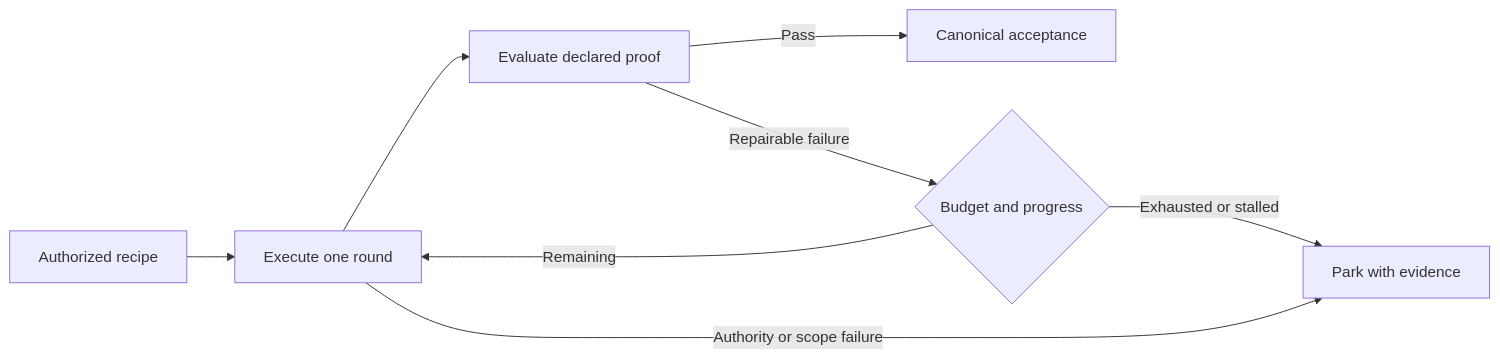
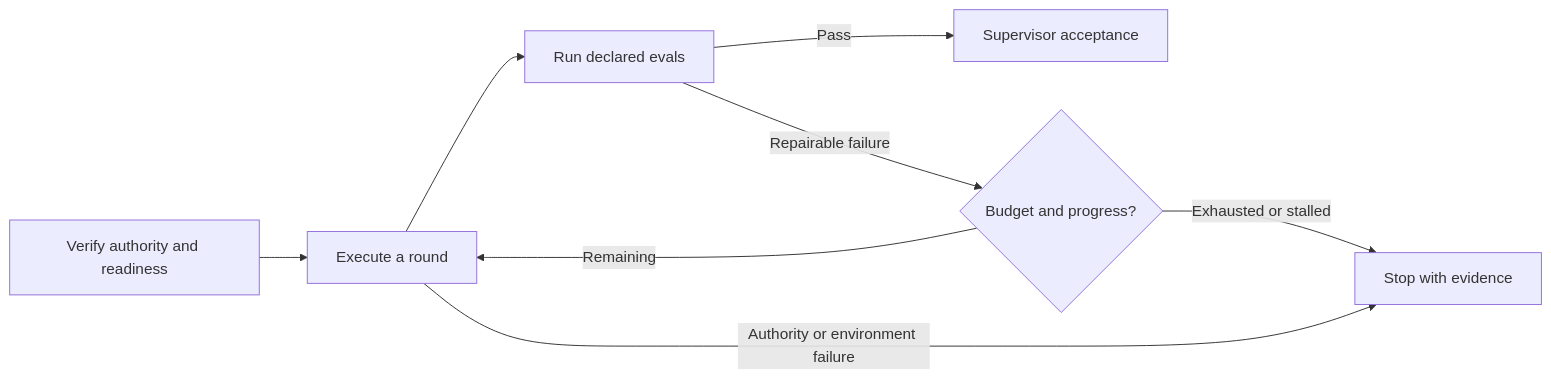
The second of 2 diagrams in README.md (luanmorenommaciel/task-spec), drawn with Mermaid before and after one commit. The commit also changed other lines of this file and 7 other files, not shown here.

````diff
--- a/README.md
+++ b/README.md
@@ -427,10 +293,10 @@
 ```mermaid
 flowchart LR
-  A[Authorized recipe] --> X[Execute one round]
-  X --> E[Evaluate declared proof]
-  E -->|Pass| V[Canonical acceptance]
-  E -->|Repairable failure| B{Budget and progress}
-  B -->|Remaining| X
-  B -->|Exhausted or stalled| P[Park with evidence]
-  X -->|Authority or scope failure| P
+    Seal["Verify authority and readiness"] --> Execute["Execute a round"]
+    Execute --> Eval["Run declared evals"]
+    Eval -->|Pass| Review["Supervisor acceptance"]
+    Eval -->|Repairable failure| Budget{"Budget and progress?"}
+    Budget -->|Remaining| Execute
+    Budget -->|Exhausted or stalled| Stop["Stop with evidence"]
+    Execute -->|Authority or environment failure| Stop
 ```
````
